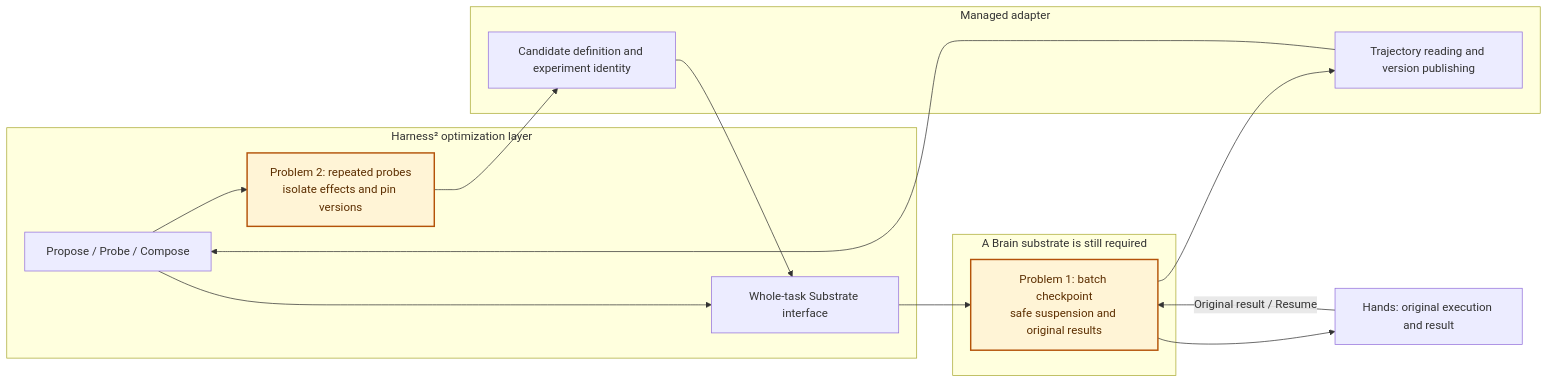
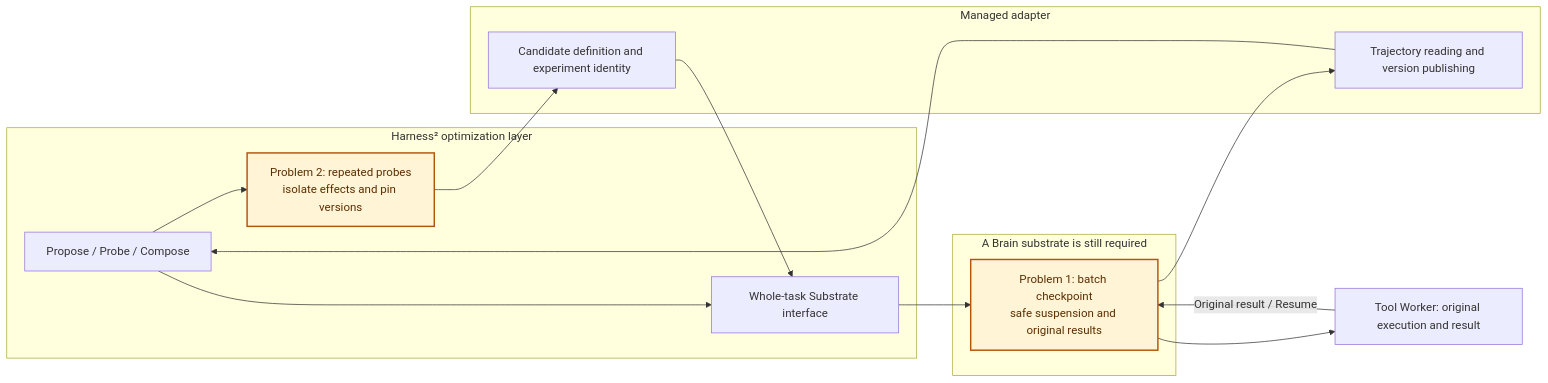
One commit to agentscope-ai/agentscope-java changed the first of 2 diagrams in agentscope-service/docs/harness2-pi-brain-evaluation.en.md. Above: the diagram before and after it, drawn with Mermaid. The commit also changed other lines of this file and 4515 other files, not shown here.

````diff
--- a/agentscope-service/docs/harness2-pi-brain-evaluation.en.md
+++ b/agentscope-service/docs/harness2-pi-brain-evaluation.en.md
@@ -33,21 +33,21 @@
 ```mermaid
 flowchart LR
     subgraph K["Harness² optimization layer"]
         A["Propose / Probe / Compose"] --> X["Problem 2: repeated probes<br/>isolate effects and pin versions"]
         A --> S["Whole-task Substrate interface"]
     end
     subgraph M["Managed adapter"]
         D["Candidate definition and experiment identity"]
         E["Trajectory reading and version publishing"]
     end
     subgraph B["A Brain substrate is still required"]
         R["Problem 1: batch checkpoint<br/>safe suspension and original results"]
     end
-    H["Hands: original execution and result"]
+    H["Tool Worker: original execution and result"]
     X --> D --> S
     S --> R --> H
     H -->|"Original result / Resume"| R
     R --> E --> A
     classDef risk fill:#fff4d6,stroke:#b45309,stroke-width:2px,color:#5c2e00
     class X,R risk
 ```
````
